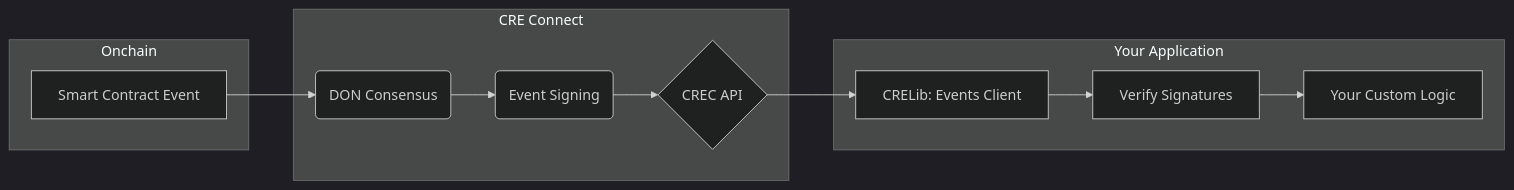
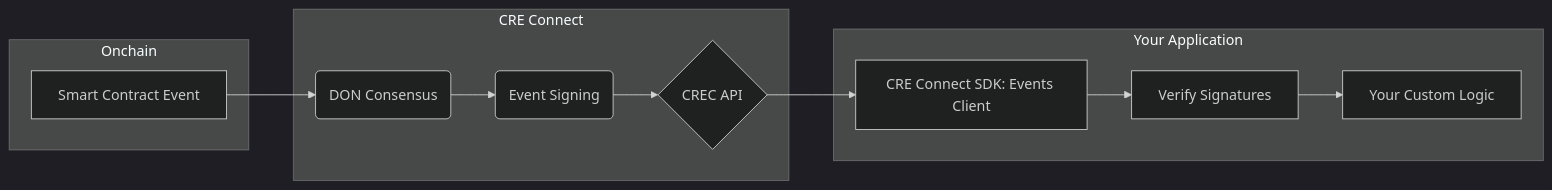
Before and after one commit to smartcontractkit/crec-sdk: the first of 2 diagrams in README.md, drawn with Mermaid (dark theme). The commit also changed other lines of this file, not shown here.

First line of the commit message:
Update README.md with CRE Connect SDK vs CRELib (#55)

````diff
--- a/README.md
+++ b/README.md
@@ -92,20 +92,20 @@
 ```mermaid
 graph LR
     subgraph Onchain
         A[Smart Contract Event]
     end
 
     subgraph CRE Connect
         B(DON Consensus)
         C(Event Signing)
         D{CREC API}
     end
 
     subgraph Your Application
-        E[CRELib: Events Client]
+        E[CRE Connect SDK: Events Client]
         F[Verify Signatures]
         G[Your Custom Logic]
     end
 
     A --> B --> C --> D --> E --> F --> G
 ```
````
